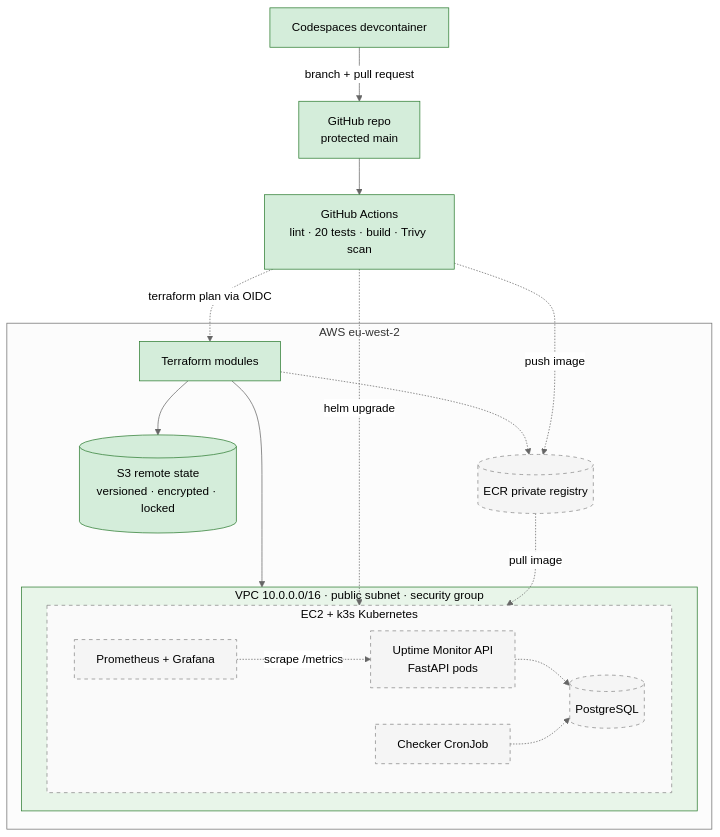
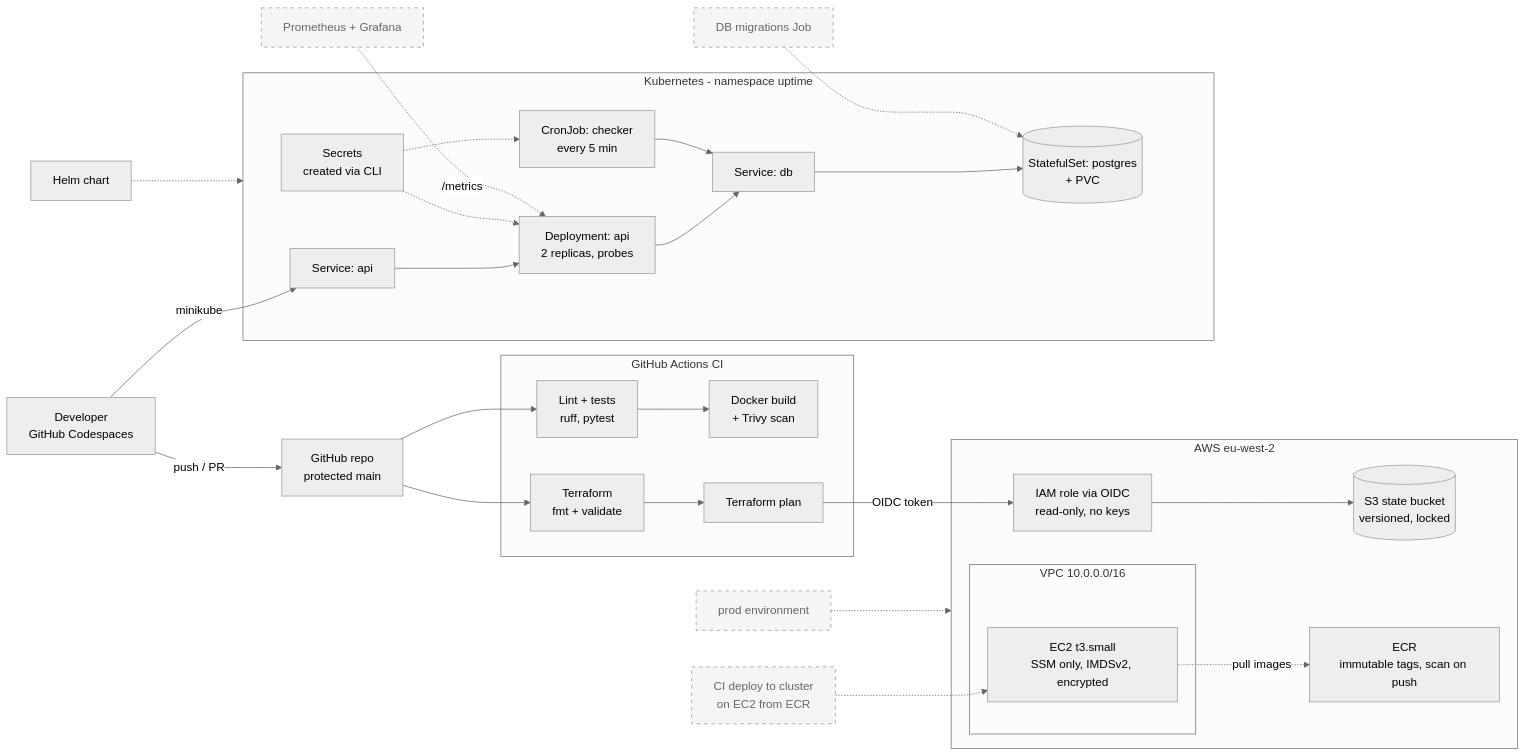
Before and after one commit to AmmaarahMaroof/aws-k8s-platform: the diagram in README.md, drawn with Mermaid (neutral theme). The commit also changed 7 other files, not shown here.

First line of the commit message:
Phase 5 kubernetes - Helm Chart Addition (#11)

````diff
--- a/README.md
+++ b/README.md
@@ -9,35 +9,50 @@
 ```mermaid
-flowchart TB
-  Dev[Codespaces devcontainer] -->|branch + pull request| GH[GitHub repo<br/>protected main]
-  GH --> CI[GitHub Actions<br/>lint · 20 tests · build · Trivy scan]
+flowchart LR
+    dev["Developer<br/>GitHub Codespaces"] -->|"push / PR"| repo["GitHub repo<br/>protected main"]
 
-  subgraph AWS[AWS eu-west-2]
-    TF[Terraform modules] --> S3[(S3 remote state<br/>versioned · encrypted · locked)]
-    TF --> VPC
-    TF -.-> ECR[(ECR private registry)]
+    subgraph ci["GitHub Actions CI"]
+        test["Lint + tests<br/>ruff, pytest"]
+        scan["Docker build<br/>+ Trivy scan"]
+        tfcheck["Terraform<br/>fmt + validate"]
+        tfplan["Terraform plan"]
+    end
+    repo --> test --> scan
+    repo --> tfcheck --> tfplan
 
-    subgraph VPC[VPC 10.0.0.0/16 · public subnet · security group]
-      subgraph K3S[EC2 + k3s Kubernetes]
-        APP[Uptime Monitor API<br/>FastAPI pods]
-        CRON[Checker CronJob]
-        DB[(PostgreSQL)]
-        MON[Prometheus + Grafana]
-      end
+    subgraph aws["AWS eu-west-2"]
+        oidc["IAM role via OIDC<br/>read-only, no keys"]
+        state[("S3 state bucket<br/>versioned, locked")]
+        ecr["ECR<br/>immutable tags, scan on push"]
+        subgraph vpc["VPC 10.0.0.0/16"]
+            ec2["EC2 t3.small<br/>SSM only, IMDSv2, encrypted"]
+        end
     end
-  end
+    tfplan -->|"OIDC token"| oidc
+    oidc --> state
+    ec2 -.->|"pull images"| ecr
 
-  CI -.->|push image| ECR
-  CI -.->|terraform plan via OIDC| TF
-  CI -.->|helm upgrade| K3S
-  ECR -.->|pull image| K3S
-  APP -.-> DB
-  CRON -.-> DB
-  MON -.->|scrape /metrics| APP
+    subgraph k8s["Kubernetes - namespace uptime"]
+        svcapi["Service: api"] --> api["Deployment: api<br/>2 replicas, probes"]
+        cron["CronJob: checker<br/>every 5 min"]
+        svcdb["Service: db"] --> pg[("StatefulSet: postgres<br/>+ PVC")]
+        secret["Secrets<br/>created via CLI"]
+        api --> svcdb
+        cron --> svcdb
+        secret -.-> api
+        secret -.-> cron
+    end
+    dev -->|"minikube"| svcapi
 
-  classDef built fill:#d4edda,stroke:#2e7d32,color:#000
-  classDef planned fill:#f5f5f5,stroke:#888,stroke-dasharray:5 5,color:#000
-  class Dev,GH,CI,TF,S3 built
-  class ECR,APP,CRON,DB,MON planned
-  style VPC fill:#e8f5e9,stroke:#2e7d32,color:#000
-  style K3S fill:#fafafa,stroke:#888,stroke-dasharray:5 5,color:#000
+    helm["Helm chart"]
+    mig["DB migrations Job"]:::planned
+    deploy["CI deploy to cluster<br/>on EC2 from ECR"]:::planned
+    obs["Prometheus + Grafana"]:::planned
+    prod["prod environment"]:::planned
+    helm -.-> k8s
+    mig -.-> pg
+    deploy -.-> ec2
+    obs -.->|"/metrics"| api
+    prod -.-> aws
+
+    classDef planned stroke-dasharray: 5 5,fill:#f5f5f5,color:#666
 ```
````
